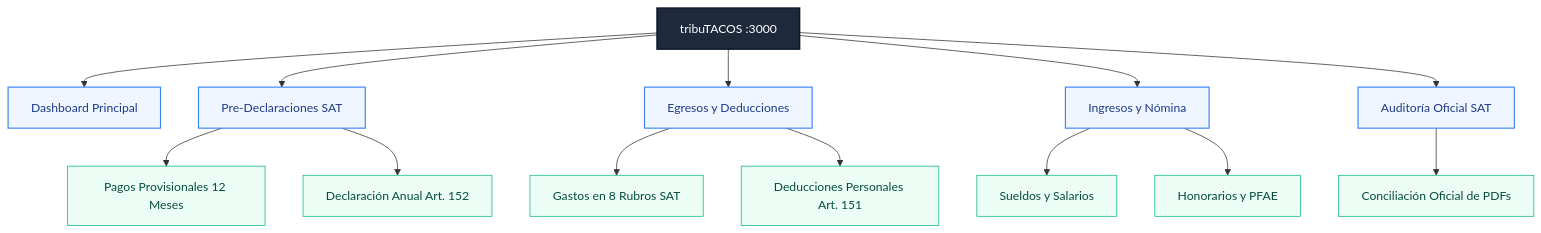
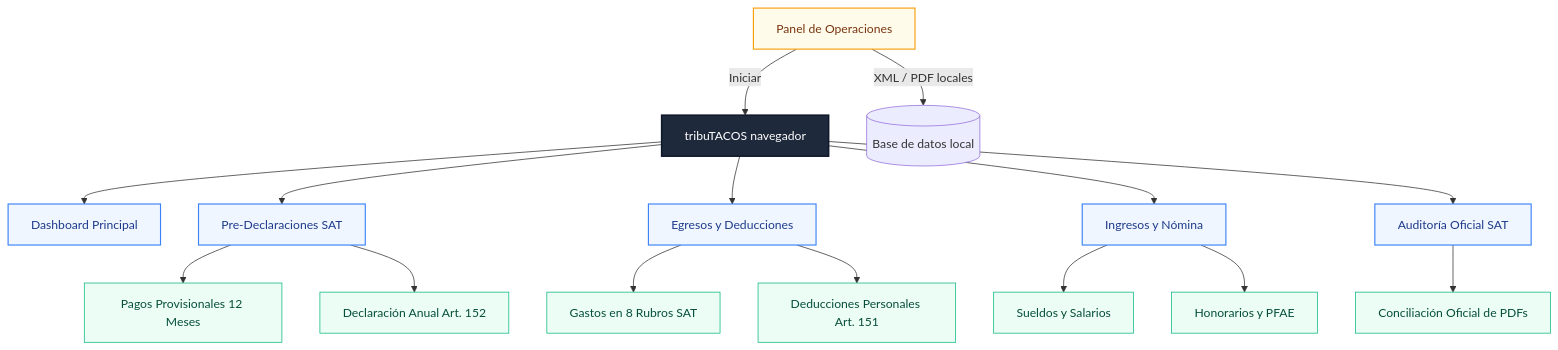
Before and after one commit to shellaquiles/tribuTACOS: the diagram in manual_usuario/README.md, drawn with Mermaid. The commit also changed other lines of this file and 73 other files, not shown here.

````diff
--- a/manual_usuario/README.md
+++ b/manual_usuario/README.md
@@ -26,24 +26,28 @@
 ```mermaid
 flowchart TD
-    App[tribuTACOS :3000] --> M1[Dashboard Principal]
+    Panel[Panel de Operaciones] -->|Iniciar| App[tribuTACOS navegador]
+    App --> M1[Dashboard Principal]
     App --> M2[Pre-Declaraciones SAT]
     App --> M3[Egresos y Deducciones]
     App --> M4[Ingresos y Nómina]
     App --> M5[Auditoría Oficial SAT]
+    Panel -->|XML / PDF locales| DB[(Base de datos local)]
 
     M2 --> M2_1[Pagos Provisionales 12 Meses]
     M2 --> M2_2[Declaración Anual Art. 152]
     M3 --> M3_1[Gastos en 8 Rubros SAT]
     M3 --> M3_2[Deducciones Personales Art. 151]
     M4 --> M4_1[Sueldos y Salarios]
     M4 --> M4_2[Honorarios y PFAE]
     M5 --> M5_1[Conciliación Oficial de PDFs]
 
     classDef mainNode fill:#1e293b,stroke:#0f172a,stroke-width:2px,color:#ffffff;
     classDef moduleNode fill:#eff6ff,stroke:#3b82f6,stroke-width:1.5px,color:#1e3a8a;
     classDef subNode fill:#ecfdf5,stroke:#10b981,stroke-width:1px,color:#064e3b;
+    classDef opsNode fill:#fffbeb,stroke:#f59e0b,stroke-width:1.5px,color:#78350f;
 
     class App mainNode;
+    class Panel opsNode;
     class M1,M2,M3,M4,M5 moduleNode;
     class M2_1,M2_2,M3_1,M3_2,M4_1,M4_2,M5_1 subNode;
 ```
````
